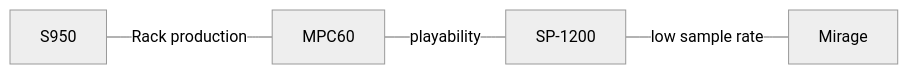
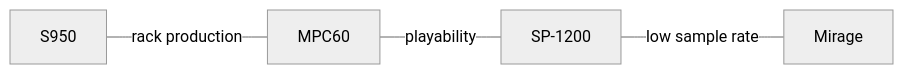
One commit to monumental-movement/monumental-movement.github.io changed the third of 21 diagrams in en/_posts/2025-11-20-column-akai-mpc-60-emu-sp1200.md. Above: the diagram before and after it, drawn with Mermaid (neutral theme). The commit also changed other lines of this file and 296 other files, not shown here.

```diff
--- a/en/_posts/2025-11-20-column-akai-mpc-60-emu-sp1200.md
+++ b/en/_posts/2025-11-20-column-akai-mpc-60-emu-sp1200.md
@@ -237,13 +237,13 @@
 <div class="mermaid">
     
 flowchart LR
   SP["SP-1200"]
   MPC["MPC60"]
   S950["S950"]
   Mirage["Mirage"]
   
   SP ---|low sample rate| Mirage
   MPC ---|playability| SP
-  S950 ---|Rack production| MPC
+  S950 ---|rack production| MPC
 
 </div> 
```
